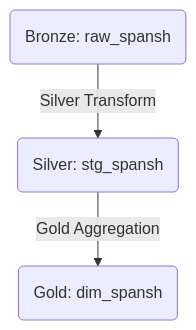
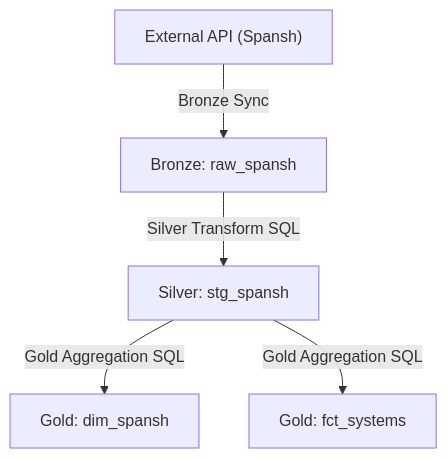
One commit to mnaatjes/elite-dashboard changed the fifth of 5 diagrams in docs/explanation/userflows.md. Above: the diagram before and after it, drawn with Mermaid.

Commit message:
userflows

````diff
--- a/docs/explanation/userflows.md
+++ b/docs/explanation/userflows.md
@@ -143,5 +143,7 @@
 ```mermaid
 graph TD
-    Bronze(Bronze: raw_spansh) -->|Silver Transform| Silver(Silver: stg_spansh)
-    Silver -->|Gold Aggregation| Gold(Gold: dim_spansh)
+    Source["External API (Spansh)"] -->|Bronze Sync| Bronze["Bronze: raw_spansh"]
+    Bronze -->|Silver Transform SQL| Silver["Silver: stg_spansh"]
+    Silver -->|Gold Aggregation SQL| Gold1["Gold: dim_spansh"]
+    Silver -->|Gold Aggregation SQL| Gold2["Gold: fct_systems"]
 ```
````
